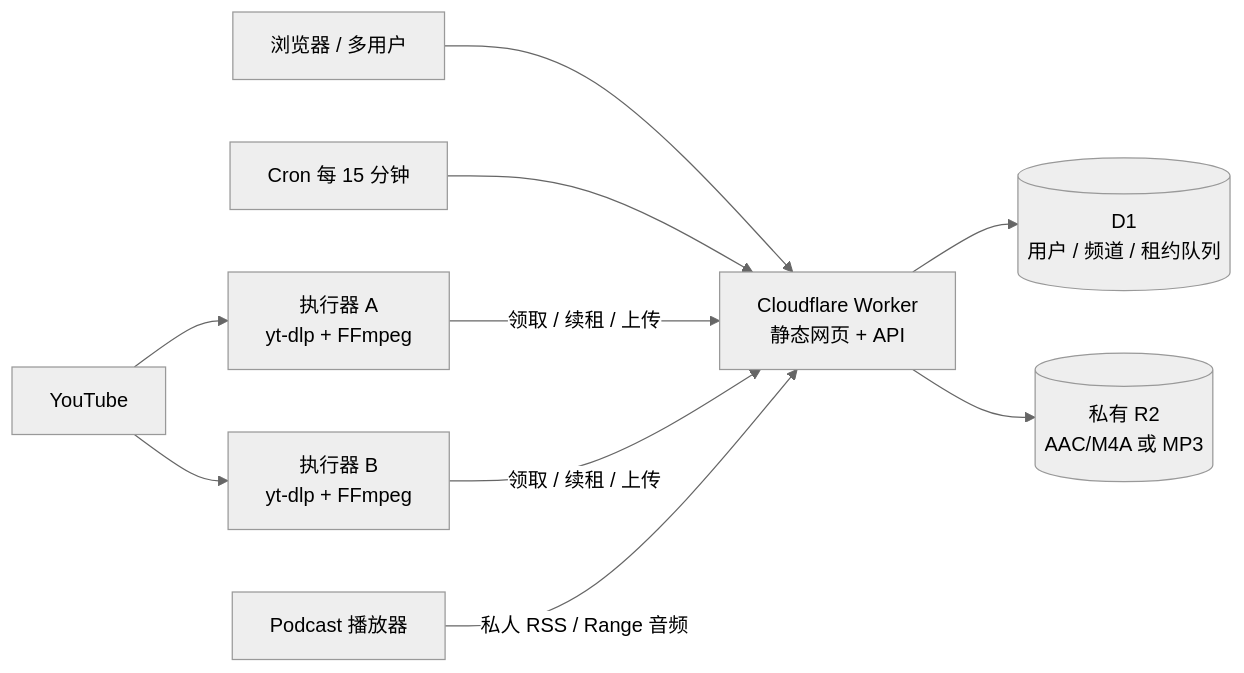
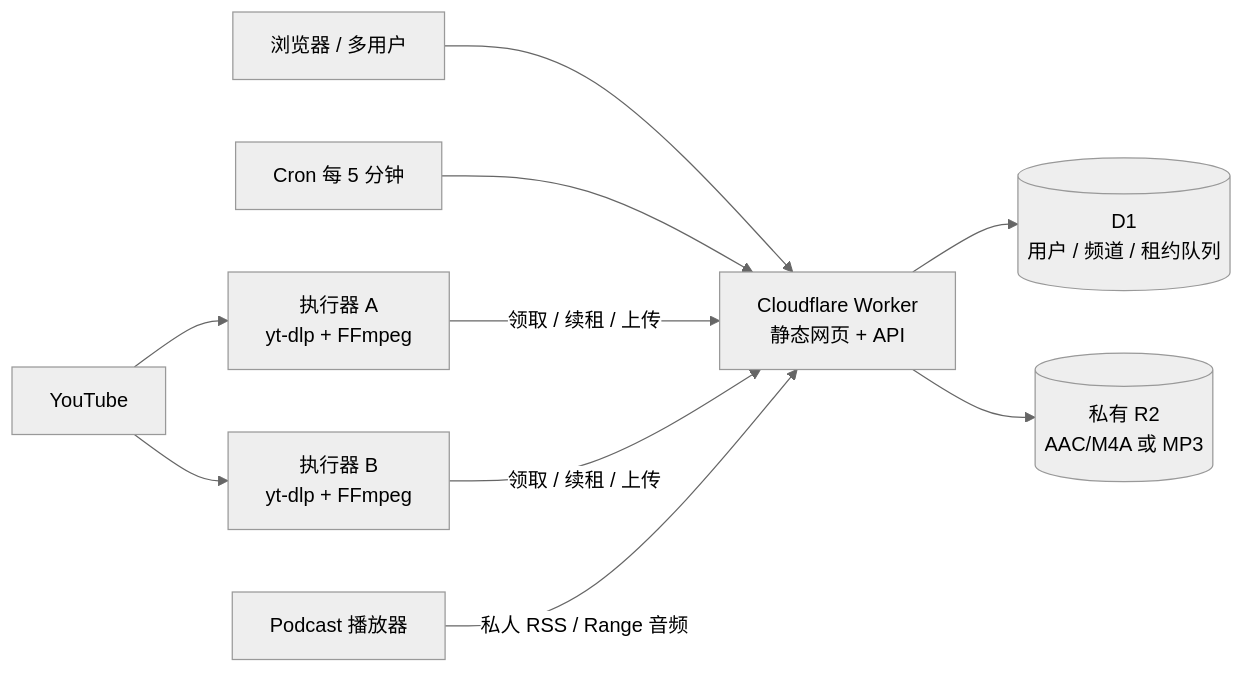
The diagram in README.md (AEliu/YouTast), drawn with Mermaid (neutral theme) before and after one commit. The commit also changed other lines of this file and 13 other files, not shown here.

````diff
--- a/README.md
+++ b/README.md
@@ -57,12 +57,12 @@
 ```mermaid
 flowchart LR
   U[浏览器 / 多用户] --> W[Cloudflare Worker\n静态网页 + API]
   W --> D[(D1\n用户 / 频道 / 租约队列)]
   W --> R[(私有 R2\nAAC/M4A 或 MP3)]
-  C[Cron 每 15 分钟] --> W
+  C[Cron 每 5 分钟] --> W
   E1[执行器 A\nyt-dlp + FFmpeg] -->|领取 / 续租 / 上传| W
   E2[执行器 B\nyt-dlp + FFmpeg] -->|领取 / 续租 / 上传| W
   Y[YouTube] --> E1
   Y --> E2
   P[Podcast 播放器] -->|私人 RSS / Range 音频| W
 ```
````
